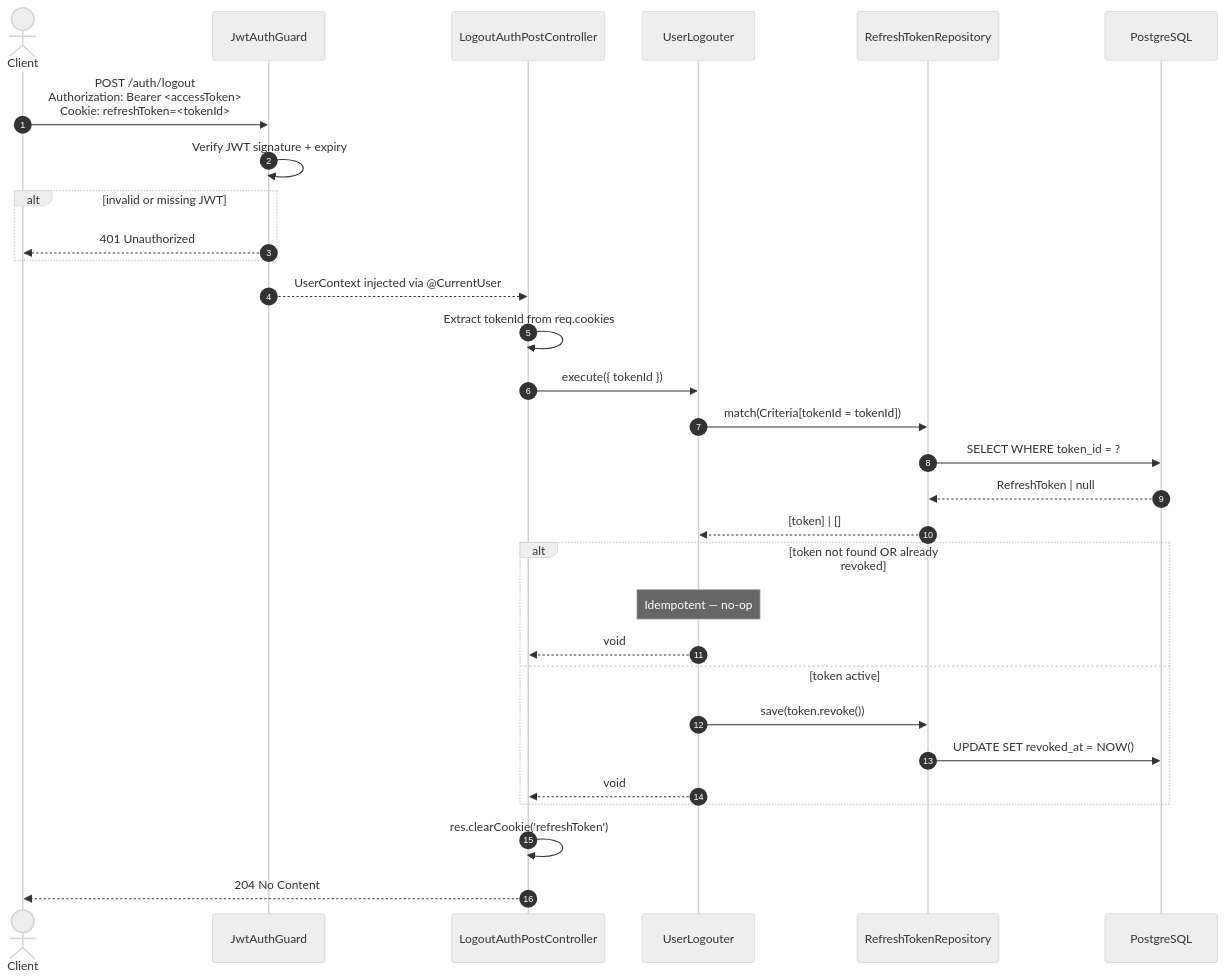
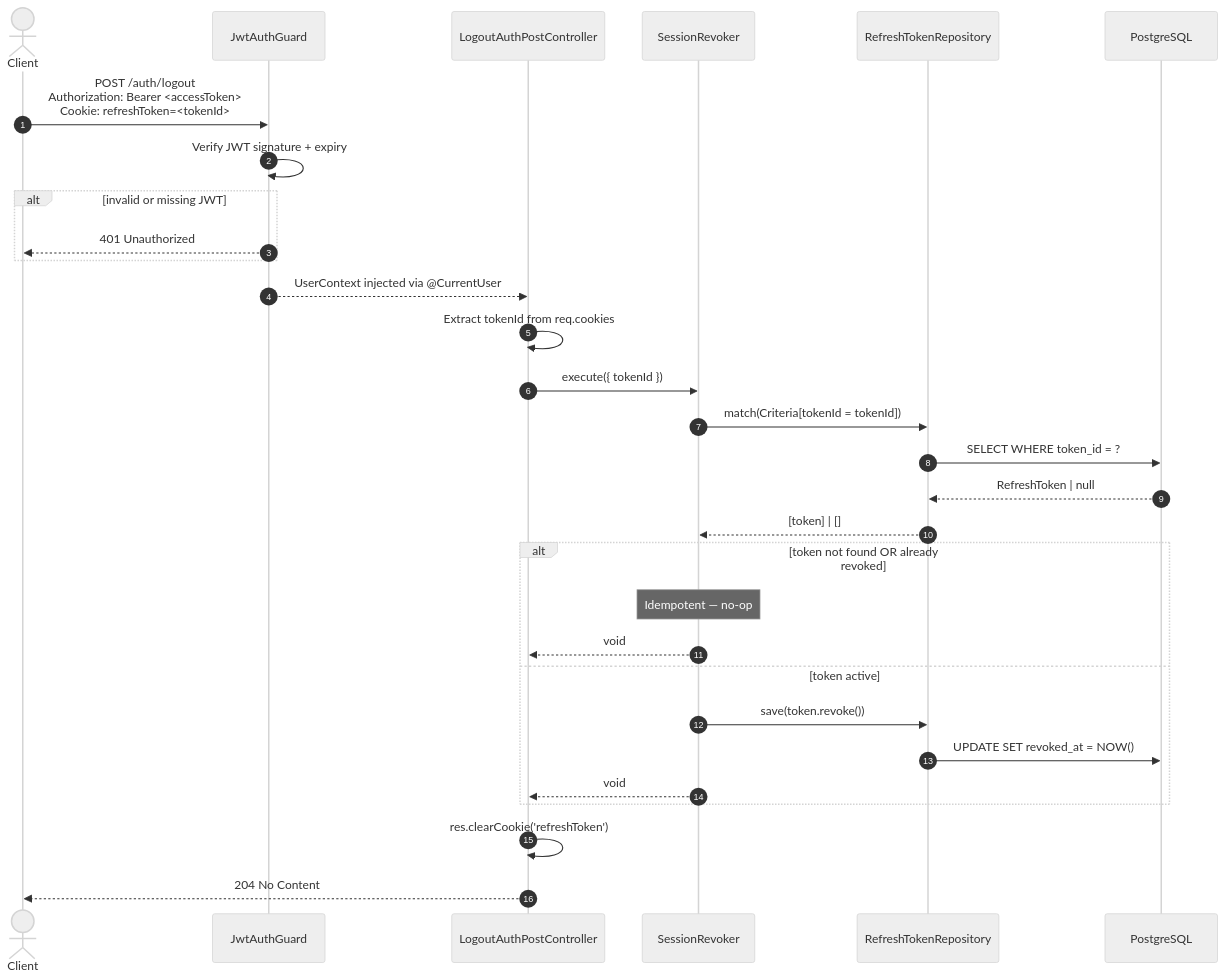
One commit to AbrahamVilchesDeLaCruz/ididntcatchthat changed the diagram in docs/apps/api/identity/logout/sequence.md. Above: the diagram before and after it, drawn with Mermaid (neutral theme). The commit also changed 7 other files, not shown here.

````diff
--- a/docs/apps/api/identity/logout/sequence.md
+++ b/docs/apps/api/identity/logout/sequence.md
@@ -6,40 +6,40 @@
 ```mermaid
 sequenceDiagram
     autonumber
     actor Client
     participant Guard as JwtAuthGuard
     participant Controller as LogoutAuthPostController
-    participant UC as UserLogouter
+    participant UC as SessionRevoker
     participant RefreshRepo as RefreshTokenRepository
     participant DB as PostgreSQL
 
     Client->>Guard: POST /auth/logout<br/>Authorization: Bearer <accessToken><br/>Cookie: refreshToken=<tokenId>
 
     Guard->>Guard: Verify JWT signature + expiry
     alt invalid or missing JWT
         Guard-->>Client: 401 Unauthorized
     end
 
     Guard-->>Controller: UserContext injected via @CurrentUser
 
     Controller->>Controller: Extract tokenId from req.cookies
 
     Controller->>UC: execute({ tokenId })
 
     UC->>RefreshRepo: match(Criteria[tokenId = tokenId])
     RefreshRepo->>DB: SELECT WHERE token_id = ?
     DB-->>RefreshRepo: RefreshToken | null
     RefreshRepo-->>UC: [token] | []
 
     alt token not found OR already revoked
         Note over UC: Idempotent — no-op
         UC-->>Controller: void
     else token active
         UC->>RefreshRepo: save(token.revoke())
         RefreshRepo->>DB: UPDATE SET revoked_at = NOW()
         UC-->>Controller: void
     end
 
     Controller->>Controller: res.clearCookie('refreshToken')
     Controller-->>Client: 204 No Content
 ```
````
